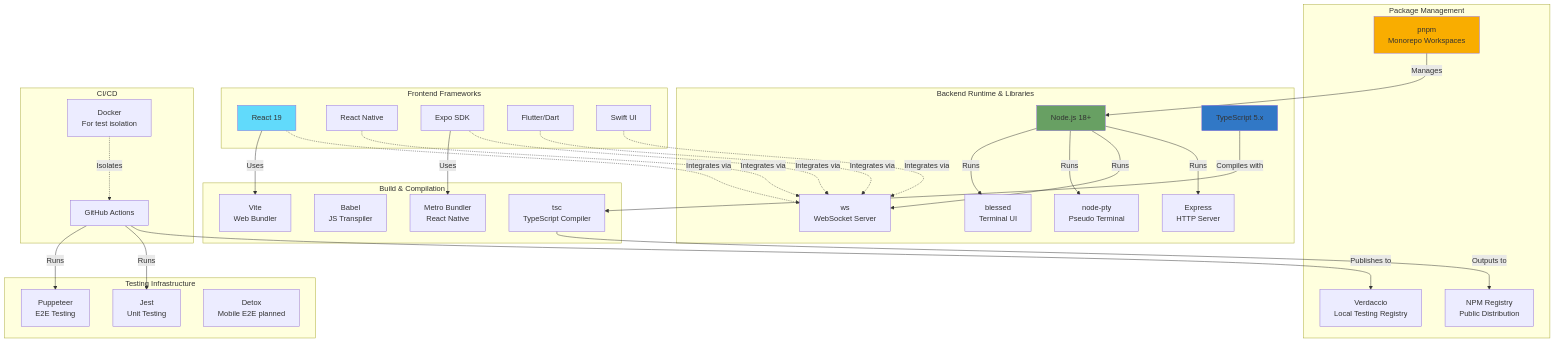
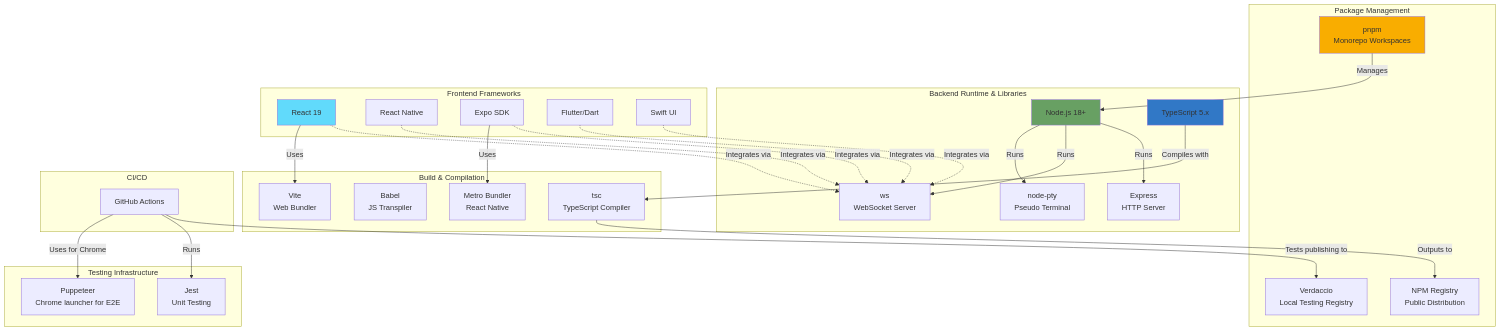
Before and after one commit to agenteract/agenteract: the seventh of 8 diagrams in docs/ARCHITECTURE.md, drawn with Mermaid. The commit also changed other lines of this file, not shown here.

First line of the commit message:
docs: fix technology stack inaccuracies in architecture documentation

````diff
--- a/docs/ARCHITECTURE.md
+++ b/docs/ARCHITECTURE.md
@@ -566,72 +552,66 @@
 ```mermaid
 graph TB
     subgraph "Package Management"
         PNPM[pnpm<br/>Monorepo Workspaces]
         NPM_REG[NPM Registry<br/>Public Distribution]
         VERDACCIO[Verdaccio<br/>Local Testing Registry]
     end
 
     subgraph "Backend Runtime & Libraries"
         NODE[Node.js 18+]
         TS[TypeScript 5.x]
         EXPRESS[Express<br/>HTTP Server]
         WS[ws<br/>WebSocket Server]
         PTY[node-pty<br/>Pseudo Terminal]
-        BLESSED[blessed<br/>Terminal UI]
     end
 
     subgraph "Frontend Frameworks"
         REACT[React 19]
         RN[React Native]
         EXPO[Expo SDK]
         FLUTTER[Flutter/Dart]
         SWIFT[Swift UI]
     end
 
     subgraph "Build & Compilation"
         TSC[tsc<br/>TypeScript Compiler]
         BABEL[Babel<br/>JS Transpiler]
         METRO[Metro Bundler<br/>React Native]
         VITE_BUILD[Vite<br/>Web Bundler]
     end
 
     subgraph "Testing Infrastructure"
         JEST[Jest<br/>Unit Testing]
-        PUPPETEER[Puppeteer<br/>E2E Testing]
-        DETOX[Detox<br/>Mobile E2E planned]
+        PUPPETEER[Puppeteer<br/>Chrome launcher for E2E]
     end
 
     subgraph "CI/CD"
         GHA[GitHub Actions]
-        DOCKER[Docker<br/>For test isolation]
     end
 
     PNPM -->|Manages| NODE
     NODE -->|Runs| EXPRESS
     NODE -->|Runs| WS
     NODE -->|Runs| PTY
-    NODE -->|Runs| BLESSED
 
     TS -->|Compiles with| TSC
     TSC -->|Outputs to| NPM_REG
 
     REACT -.->|Integrates via| WS
     RN -.->|Integrates via| WS
     EXPO -.->|Integrates via| WS
     FLUTTER -.->|Integrates via| WS
     SWIFT -.->|Integrates via| WS
 
     EXPO -->|Uses| METRO
     REACT -->|Uses| VITE_BUILD
 
-    GHA -->|Publishes to| VERDACCIO
+    GHA -->|Tests publishing to| VERDACCIO
     GHA -->|Runs| JEST
-    GHA -->|Runs| PUPPETEER
-
-    DOCKER -.->|Isolates| GHA
+    GHA -->|Uses for Chrome| PUPPETEER
 
     style NODE fill:#68a063
     style REACT fill:#61dafb
     style TS fill:#3178c6
     style PNPM fill:#f9ad00
 ```
````
